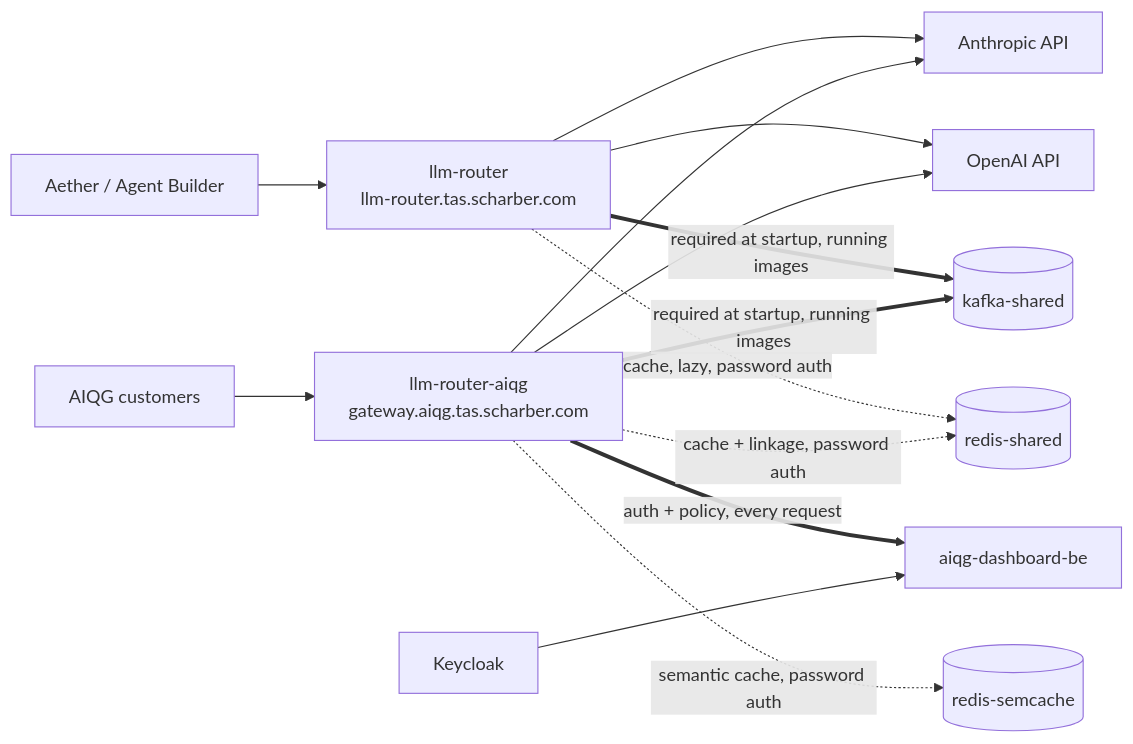
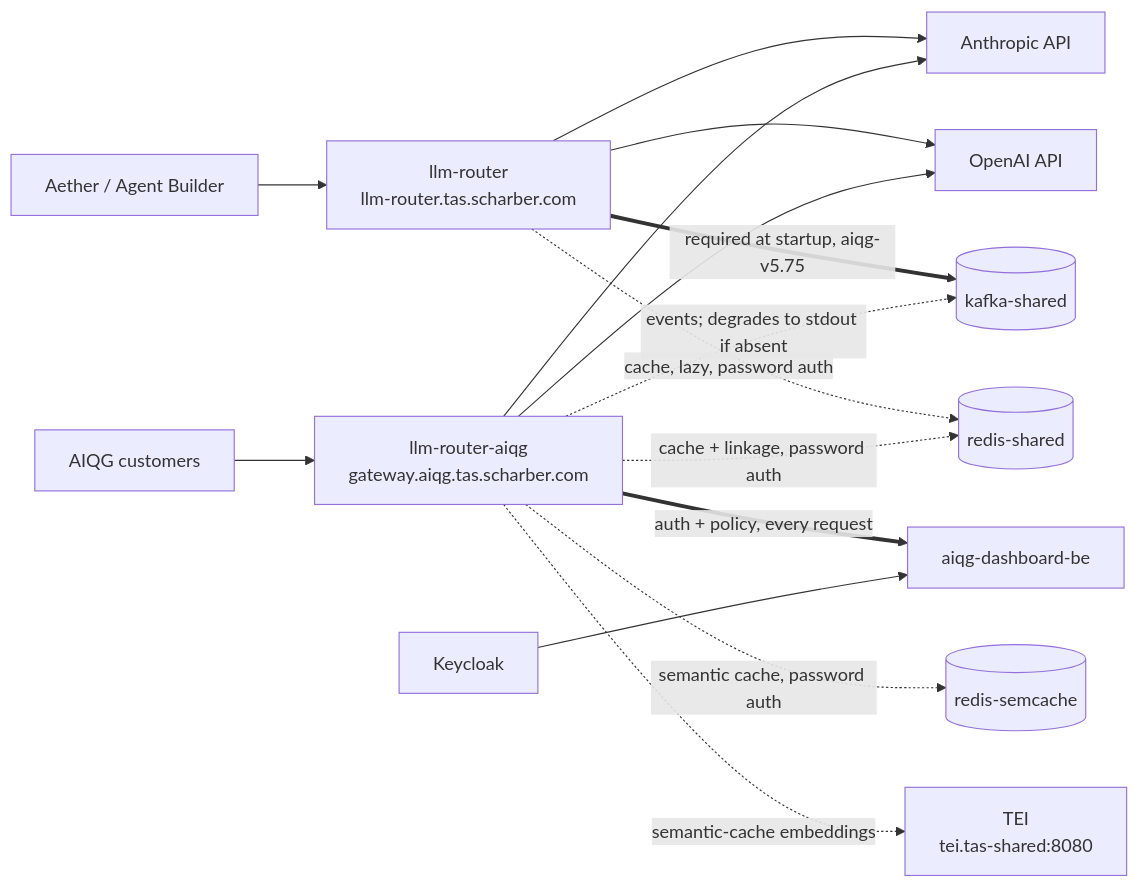
Before and after one commit to Tributary-ai-services/tas-llm-router: the diagram in docs/ops/llm-router.md, drawn with Mermaid. The commit also changed other lines of this file and 1 other file, not shown here.

````diff
--- a/docs/ops/llm-router.md
+++ b/docs/ops/llm-router.md
@@ -81,16 +88,17 @@
 ```mermaid
 flowchart LR
   aether[Aether / Agent Builder] --> lr[llm-router<br/>llm-router.tas.scharber.com]
   gw[AIQG customers] --> aiqg[llm-router-aiqg<br/>gateway.aiqg.tas.scharber.com]
   lr --> anth[Anthropic API]
   lr --> oai[OpenAI API]
   aiqg --> anth
   aiqg --> oai
-  lr ==required at startup, running images==> kafka[(kafka-shared)]
-  aiqg ==required at startup, running images==> kafka
+  lr ==required at startup, aiqg-v5.75==> kafka[(kafka-shared)]
+  aiqg -.events; degrades to stdout if absent.-> kafka
   aiqg ==auth + policy, every request==> dash[aiqg-dashboard-be]
   lr -.cache, lazy, password auth.-> redis[(redis-shared)]
   aiqg -.cache + linkage, password auth.-> redis
   aiqg -.semantic cache, password auth.-> semcache[(redis-semcache)]
+  aiqg -.semantic-cache embeddings.-> tei[TEI<br/>tei.tas-shared:8080]
   keycloak[Keycloak] --> dash
 ```
````
